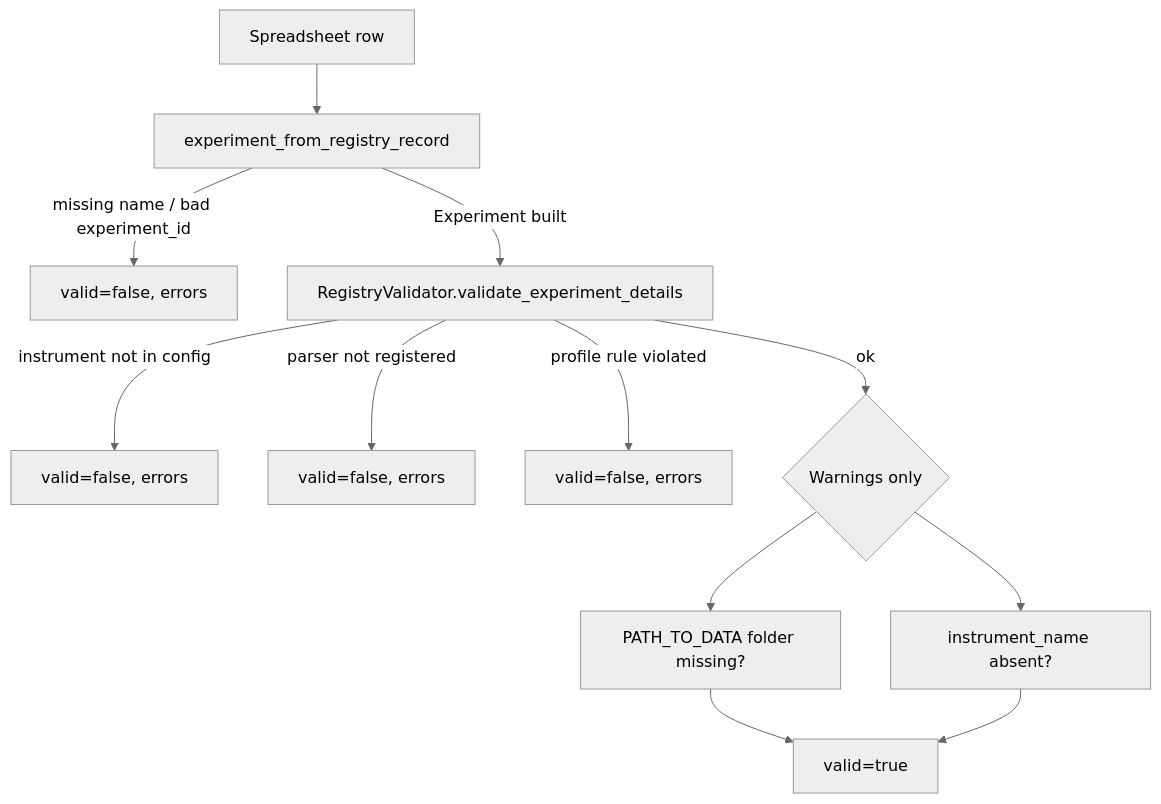
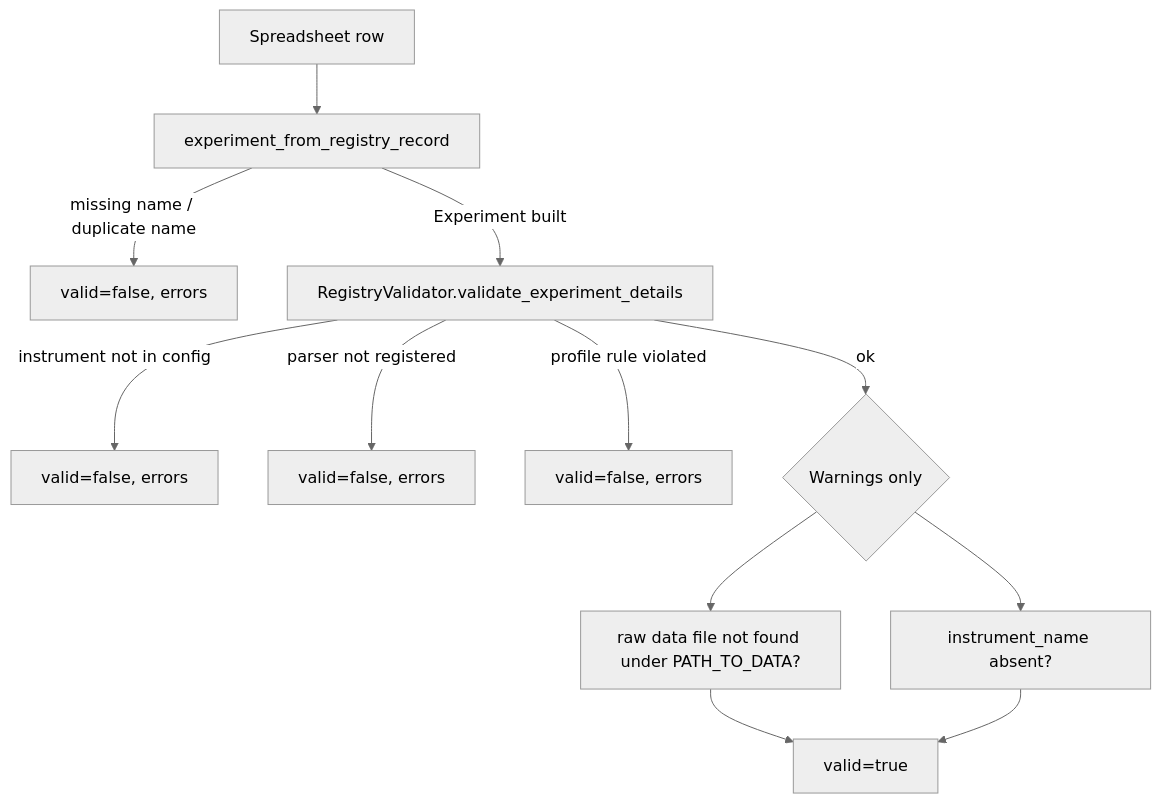
The sixth of 8 diagrams in docs/architecture.md (lucaAyt/mfethuls), drawn with Mermaid (neutral theme) before and after one commit. The commit also changed other lines of this file and 36 other files, not shown here.

````diff
--- a/docs/architecture.md
+++ b/docs/architecture.md
@@ -217,14 +223,14 @@
 ```mermaid
 flowchart TD
   ROW[Spreadsheet row] --> EFR[experiment_from_registry_record]
-  EFR -->|missing name / bad experiment_id| INV[valid=false, errors]
+  EFR -->|missing name / duplicate name| INV[valid=false, errors]
   EFR -->|Experiment built| VE[RegistryValidator.validate_experiment_details]
   VE -->|instrument not in config| INV2[valid=false, errors]
   VE -->|parser not registered| INV3[valid=false, errors]
   VE -->|profile rule violated| INV4[valid=false, errors]
   VE -->|ok| WARN{Warnings only}
-  WARN --> DATA[PATH_TO_DATA folder missing?]
+  WARN --> DATA[raw data file not found under PATH_TO_DATA?]
   WARN --> INST[instrument_name absent?]
   DATA --> OK[valid=true]
   INST --> OK
 ```
````
